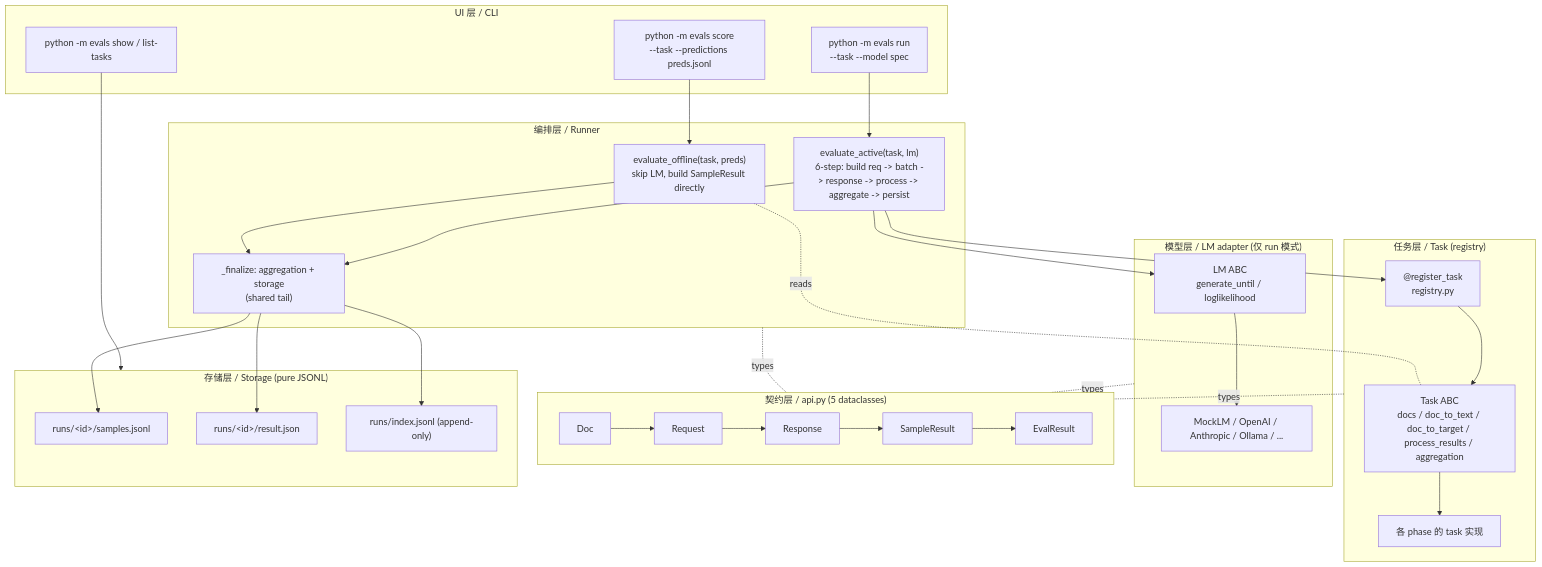
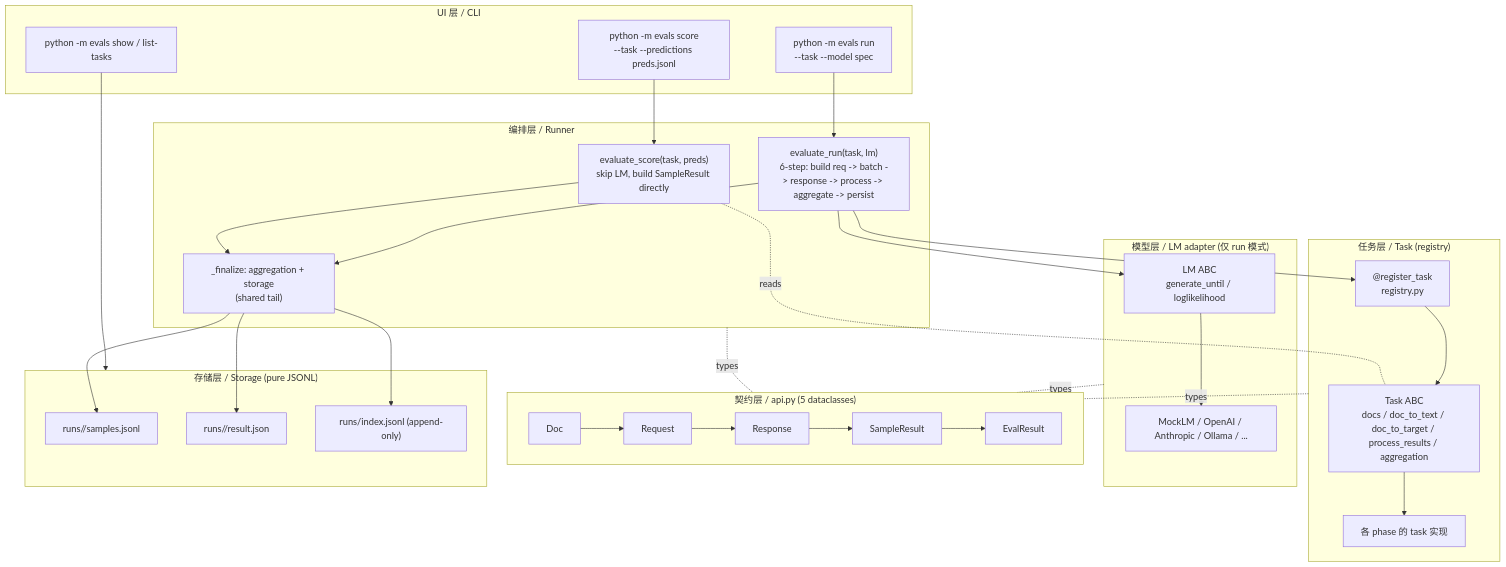
The diagram in play/evals/README.md (AndyUneducated/ai_workshop_demo), drawn with Mermaid before and after one commit. The commit also changed other lines of this file and 30 other files, not shown here.

````diff
--- a/play/evals/README.md
+++ b/play/evals/README.md
@@ -27,44 +27,44 @@
 ```mermaid
 flowchart TB
     subgraph UI["UI 层 / CLI"]
         cliScore["python -m evals score<br/>--task --predictions preds.jsonl"]
         cliRun["python -m evals run<br/>--task --model spec"]
         cliShow["python -m evals show / list-tasks"]
     end
     subgraph ORCH["编排层 / Runner"]
-        off["evaluate_offline(task, preds)<br/>skip LM, build SampleResult directly"]
-        act["evaluate_active(task, lm)<br/>6-step: build req -> batch -> response -> process -> aggregate -> persist"]
+        off["evaluate_score(task, preds)<br/>skip LM, build SampleResult directly"]
+        act["evaluate_run(task, lm)<br/>6-step: build req -> batch -> response -> process -> aggregate -> persist"]
         shared["_finalize: aggregation + storage<br/>(shared tail)"]
     end
     subgraph TASK["任务层 / Task (registry)"]
         reg["@register_task<br/>registry.py"]
         base["Task ABC<br/>docs / doc_to_text / doc_to_target / process_results / aggregation"]
         tasks["各 phase 的 task 实现"]
     end
     subgraph LM["模型层 / LM adapter (仅 run 模式)"]
         lmbase["LM ABC<br/>generate_until / loglikelihood"]
         adapters["MockLM / OpenAI / Anthropic / Ollama / ..."]
     end
     subgraph CONTRACT["契约层 / api.py (5 dataclasses)"]
         doc["Doc"] --> req["Request"] --> resp["Response"] --> sr["SampleResult"] --> er["EvalResult"]
     end
     subgraph STORE["存储层 / Storage (pure JSONL)"]
-        samples["runs/&lt;id&gt;/samples.jsonl"]
-        result["runs/&lt;id&gt;/result.json"]
+        samples["runs/<id>/samples.jsonl"]
+        result["runs/<id>/result.json"]
         idx["runs/index.jsonl (append-only)"]
     end
     cliScore --> off
     cliRun --> act
     cliShow --> STORE
     off --> shared
     act --> shared
     off -. reads .- base
     act --> reg --> base
     act --> lmbase
     base --> tasks
     lmbase --> adapters
     shared --> samples & result & idx
     TASK -. types .- CONTRACT
     LM -. types .- CONTRACT
     ORCH -. types .- CONTRACT
 ```
````
